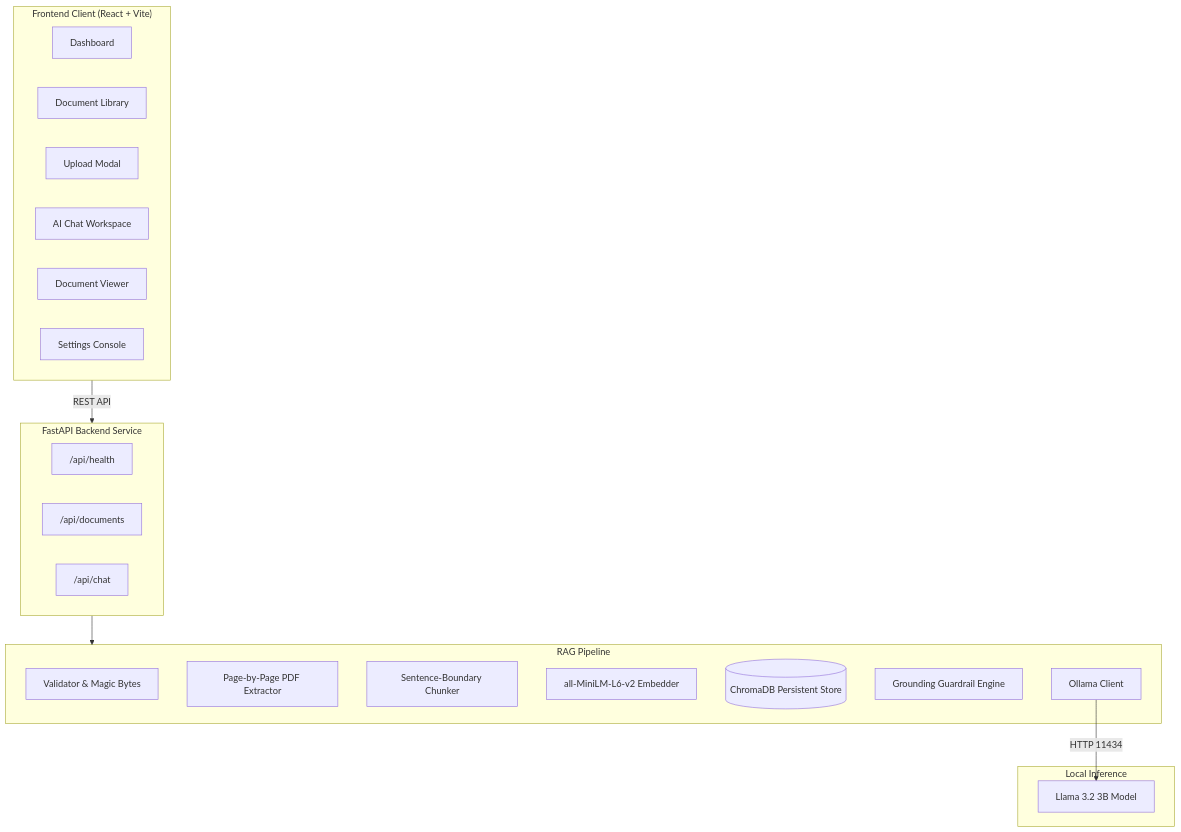
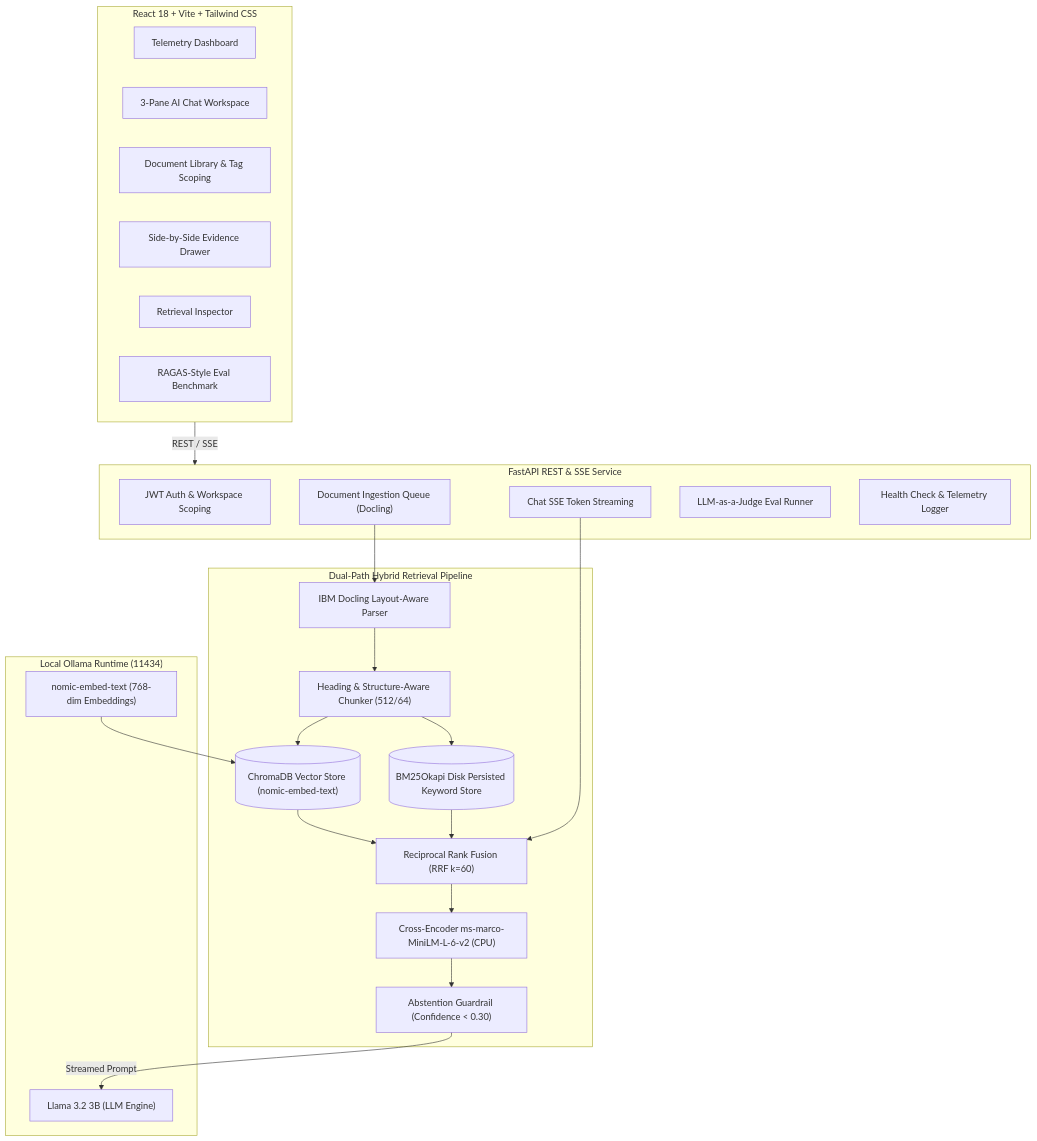
Before and after one commit to reddy895/DocNest: the diagram in README.md, drawn with Mermaid. The commit also changed other lines of this file and 1 other file, not shown here.

Commit message:
docs: update README with full architecture diagram, setup guide, and feature walkthrough

````diff
--- a/README.md
+++ b/README.md
@@ -11,35 +11,45 @@
 ```mermaid
 flowchart TD
-    subgraph Client["Frontend Client (React + Vite)"]
-        UI_Dash[Dashboard]
-        UI_Lib[Document Library]
-        UI_Up[Upload Modal]
-        UI_Chat[AI Chat Workspace]
-        UI_View[Document Viewer]
-        UI_Set[Settings Console]
+    subgraph Frontend["React 18 + Vite + Tailwind CSS"]
+        UI_Dash["Telemetry Dashboard"]
+        UI_Chat["3-Pane AI Chat Workspace"]
+        UI_Lib["Document Library & Tag Scoping"]
+        UI_Drawer["Side-by-Side Evidence Drawer"]
+        UI_Inspect["Retrieval Inspector"]
+        UI_Eval["RAGAS-Style Eval Benchmark"]
     end
 
-    subgraph API["FastAPI Backend Service"]
-        API_Health["/api/health"]
-        API_Docs["/api/documents"]
-        API_Chat["/api/chat"]
+    subgraph Backend["FastAPI REST & SSE Service"]
+        AuthModule["JWT Auth & Workspace Scoping"]
+        DocModule["Document Ingestion Queue (Docling)"]
+        ChatModule["Chat SSE Token Streaming"]
+        EvalModule["LLM-as-a-Judge Eval Runner"]
+        SystemModule["Health Check & Telemetry Logger"]
     end
 
-    subgraph RAG_Engine["RAG Pipeline"]
-        Val[Validator & Magic Bytes]
-        Ext[Page-by-Page PDF Extractor]
-        Chunk[Sentence-Boundary Chunker]
-        Embed[all-MiniLM-L6-v2 Embedder]
-        Chroma[(ChromaDB Persistent Store)]
-        GroundedPrompt[Grounding Guardrail Engine]
-        OllamaConnector[Ollama Client]
+    subgraph HybridRAG["Dual-Path Hybrid Retrieval Pipeline"]
+        DoclingParser["IBM Docling Layout-Aware Parser"]
+        SemanticChunker["Heading & Structure-Aware Chunker (512/64)"]
+        ChromaStore[("ChromaDB Vector Store (nomic-embed-text)")]
+        BM25Store[("BM25Okapi Disk Persisted Keyword Store")]
+        RRFFusion["Reciprocal Rank Fusion (RRF k=60)"]
+        Reranker["Cross-Encoder ms-marco-MiniLM-L-6-v2 (CPU)"]
+        AbstentionGuard["Abstention Guardrail (Confidence < 0.30)"]
     end
 
-    subgraph Local_AI["Local Inference"]
-        Llama[Llama 3.2 3B Model]
+    subgraph LocalInference["Local Ollama Runtime (11434)"]
+        OllamaLLM["Llama 3.2 3B (LLM Engine)"]
+        OllamaEmbed["nomic-embed-text (768-dim Embeddings)"]
     end
 
-    Client -->|REST API| API
-    API --> RAG_Engine
-    OllamaConnector -->|HTTP 11434| Llama
+    Frontend -->|REST / SSE| Backend
+    DocModule --> DoclingParser --> SemanticChunker
+    SemanticChunker --> ChromaStore
+    SemanticChunker --> BM25Store
+    ChatModule --> RRFFusion
+    ChromaStore --> RRFFusion
+    BM25Store --> RRFFusion
+    RRFFusion --> Reranker --> AbstentionGuard
+    AbstentionGuard -->|Streamed Prompt| OllamaLLM
+    OllamaEmbed --> ChromaStore
 ```
````
